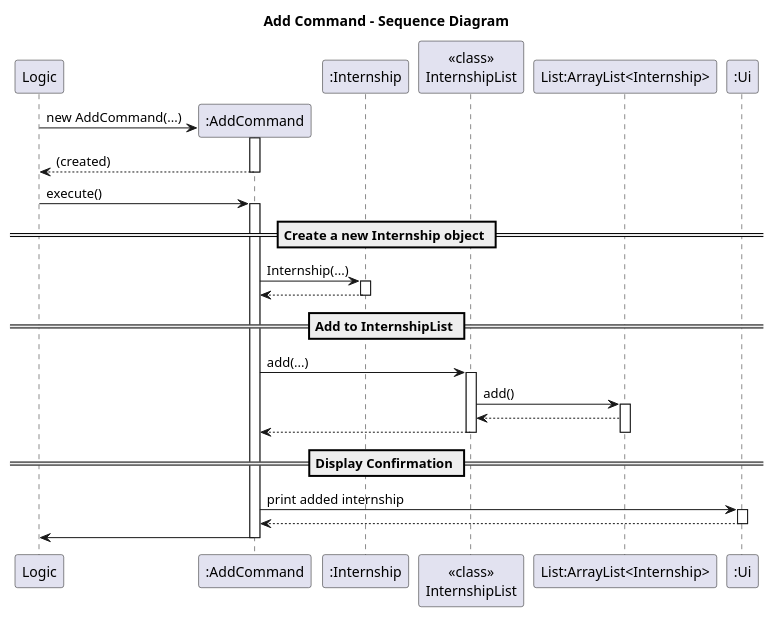
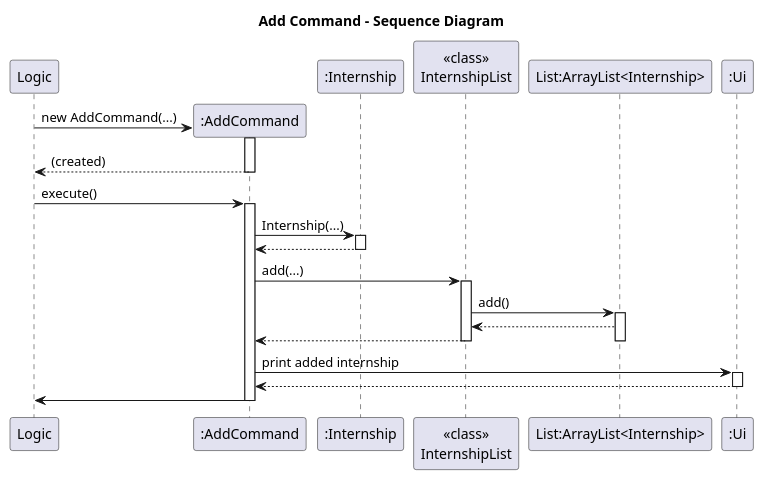
The diagram in docs/diagrams/AddCommandSD.puml (BenyAlbatross/tp), drawn with PlantUML before and after one commit. The commit also changed 6 other files, not shown here.

```diff
--- a/docs/diagrams/AddCommandSD.puml
+++ b/docs/diagrams/AddCommandSD.puml
@@ -1,43 +1,38 @@
 @startuml
 title Add Command - Sequence Diagram
 participant Logic
 create ":AddCommand" as AC
 participant ":Internship" as IN
 participant "<<class>>\nInternshipList" as IL
 participant "List:ArrayList<Internship>" as LI
 participant ":Ui" as Ui
 
 Logic-> AC**: new AddCommand(...)
 activate AC
 return (created)
 
 Logic-> AC: execute()
 activate AC
 
-== Create a new Internship object ==
 AC -> IN: Internship(...)
 activate IN
 IN --> AC
 deactivate IN
 
-== Add to InternshipList ==
 AC -> IL: add(...)
 activate IL
 IL -> LI: add()
 activate LI
 LI --> IL
 IL --> AC
 deactivate LI
 deactivate IL
 
-== Display Confirmation ==
 AC -> Ui: print added internship
 activate Ui
 Ui --> AC
 deactivate Ui
 
 AC->Logic
 deactivate AC
-
-
 @enduml
```
